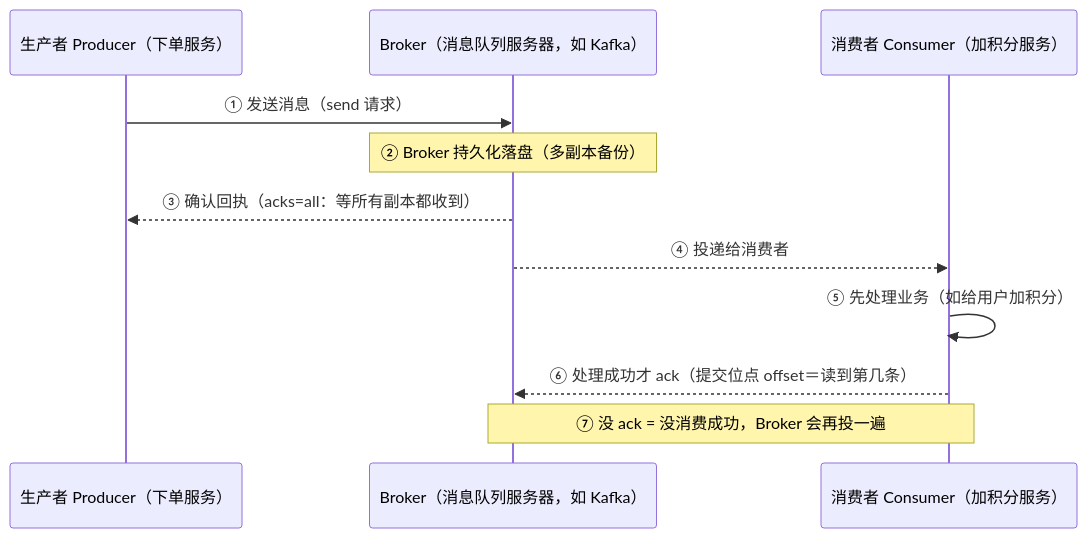
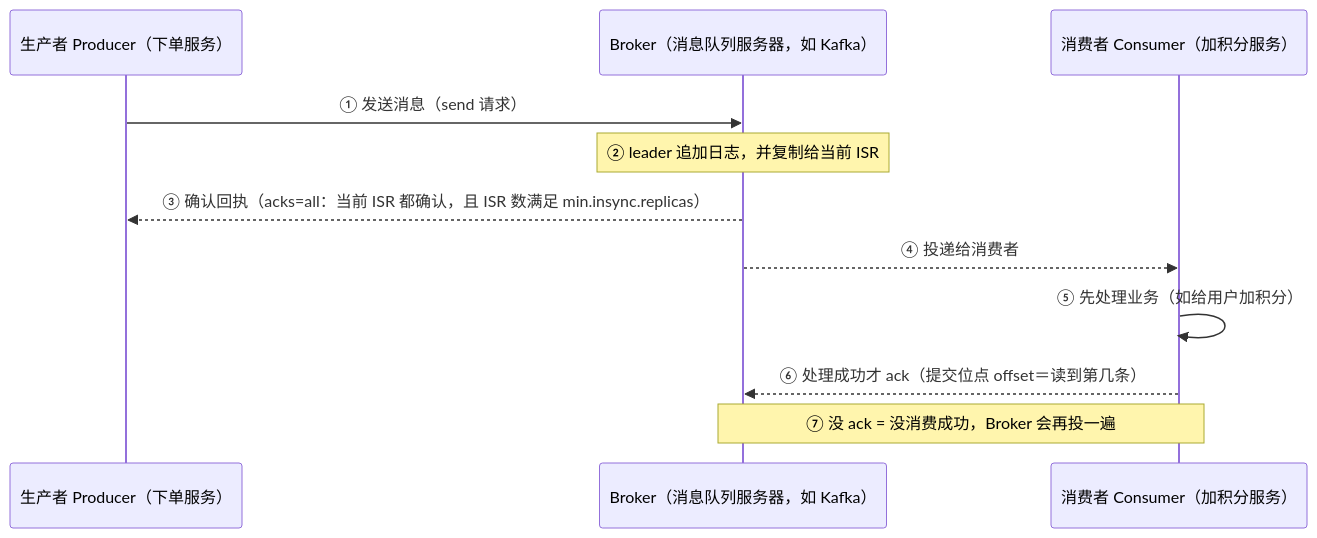
One commit to CrazyForks/java-full-stack changed the second of 6 diagrams in docs/03-阶段三-数据持久化与中间件/05-消息队列.md. Above: the diagram before and after it, drawn with Mermaid. The commit also changed other lines of this file and 58 other files, not shown here.

````diff
--- a/docs/03-阶段三-数据持久化与中间件/05-消息队列.md
+++ b/docs/03-阶段三-数据持久化与中间件/05-消息队列.md
@@ -93,14 +93,14 @@
 ```mermaid
 sequenceDiagram
     participant P as 生产者 Producer（下单服务）
     participant B as Broker（消息队列服务器，如 Kafka）
     participant C as 消费者 Consumer（加积分服务）
 
     P->>B: ① 发送消息（send 请求）
-    Note over B: ② Broker 持久化落盘（多副本备份）
-    B-->>P: ③ 确认回执（acks=all：等所有副本都收到）
+    Note over B: ② leader 追加日志，并复制给当前 ISR
+    B-->>P: ③ 确认回执（acks=all：当前 ISR 都确认，且 ISR 数满足 min.insync.replicas）
     B-->>C: ④ 投递给消费者
     C->>C: ⑤ 先处理业务（如给用户加积分）
     C-->>B: ⑥ 处理成功才 ack（提交位点 offset＝读到第几条）
     Note over B,C: ⑦ 没 ack = 没消费成功，Broker 会再投一遍
 ```
````
